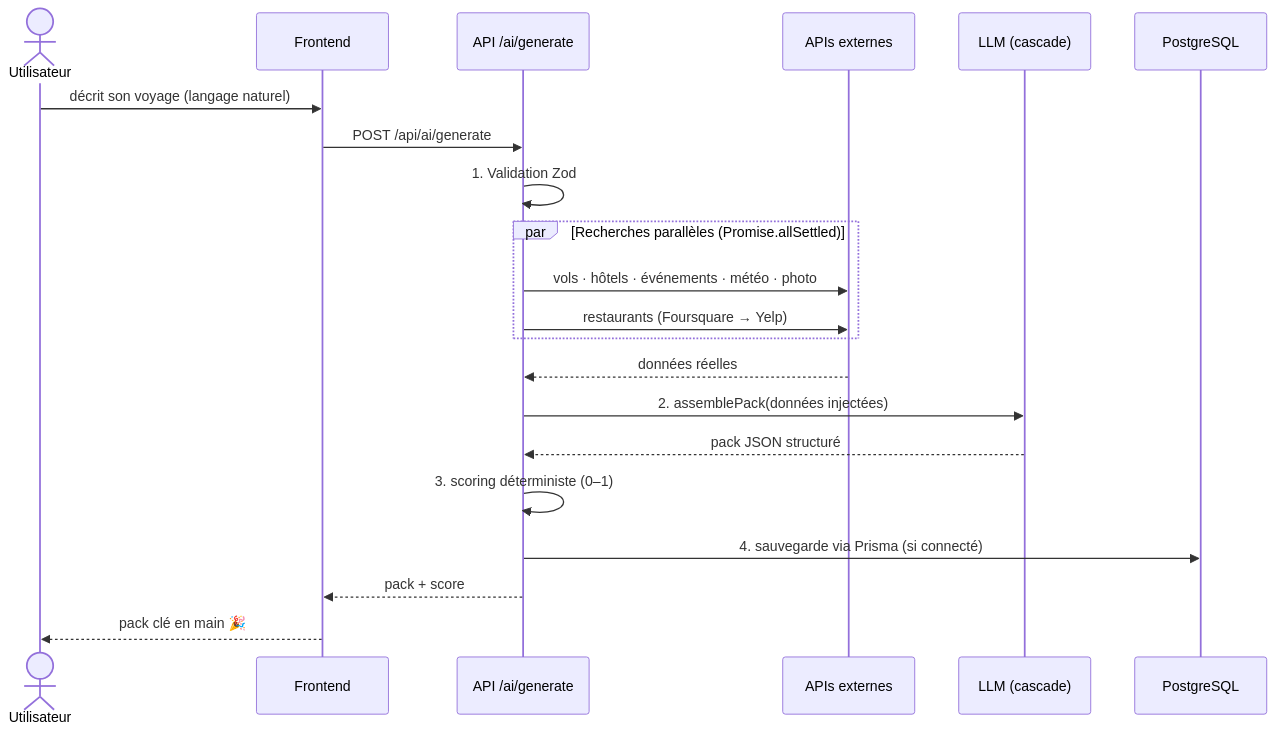
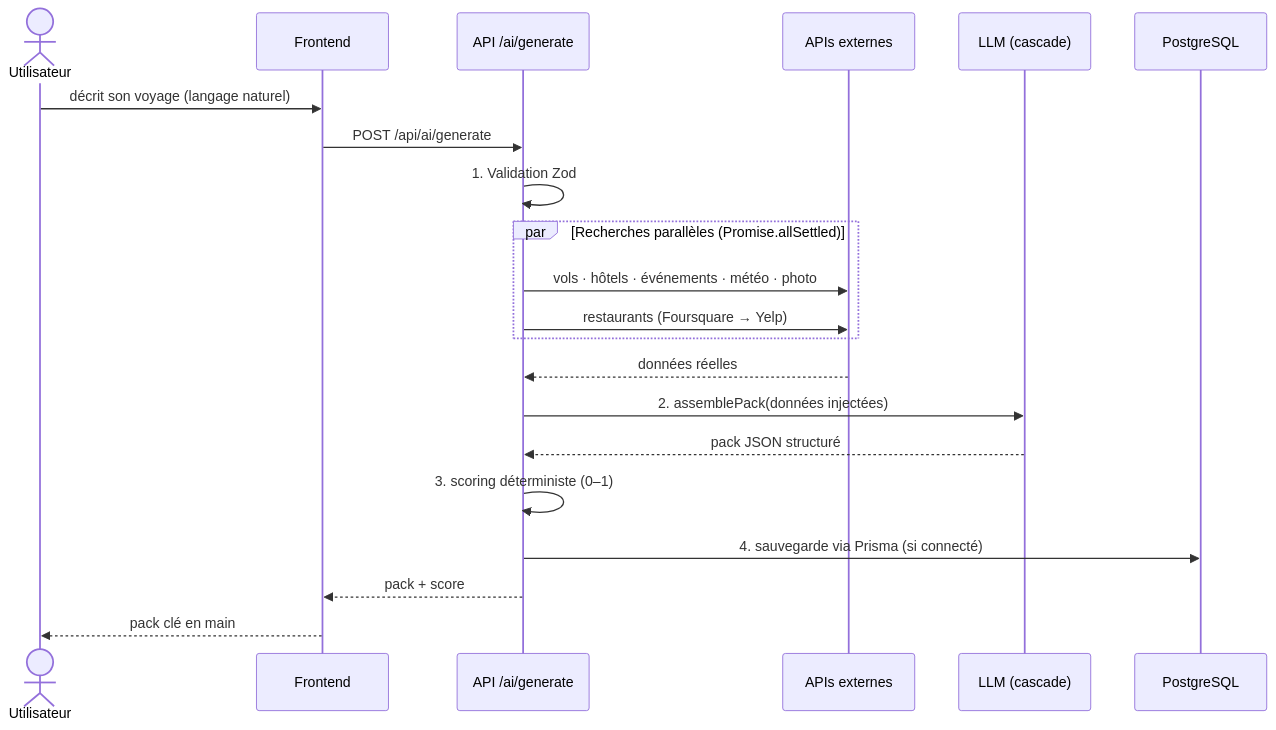
Before and after one commit to loties1533/tripgenie-app: the second of 4 diagrams in README.md, drawn with Mermaid. The commit also changed other lines of this file and 9 other files, not shown here.

````diff
--- a/README.md
+++ b/README.md
@@ -139,23 +139,23 @@
 ```mermaid
 sequenceDiagram
     actor U as Utilisateur
     participant F as Frontend
     participant A as API /ai/generate
     participant Ext as APIs externes
     participant LLM as LLM (cascade)
     participant DB as PostgreSQL
     U->>F: décrit son voyage (langage naturel)
     F->>A: POST /api/ai/generate
     A->>A: 1. Validation Zod
     par Recherches parallèles (Promise.allSettled)
         A->>Ext: vols · hôtels · événements · météo · photo
         A->>Ext: restaurants (Foursquare → Yelp)
     end
     Ext-->>A: données réelles
     A->>LLM: 2. assemblePack(données injectées)
     LLM-->>A: pack JSON structuré
     A->>A: 3. scoring déterministe (0–1)
     A->>DB: 4. sauvegarde via Prisma (si connecté)
     A-->>F: pack + score
-    F-->>U: pack clé en main 🎉
+    F-->>U: pack clé en main
 ```
````
